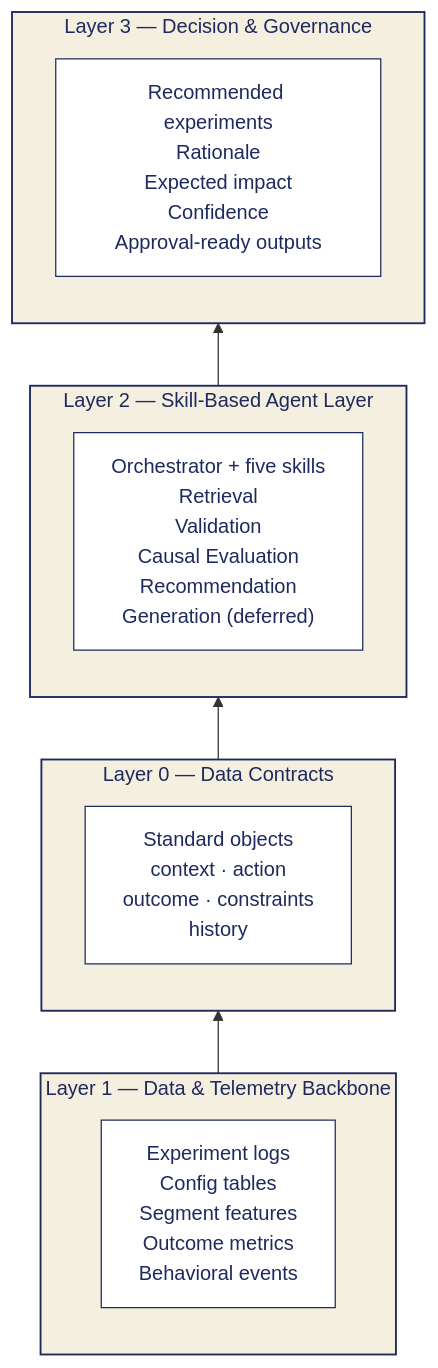
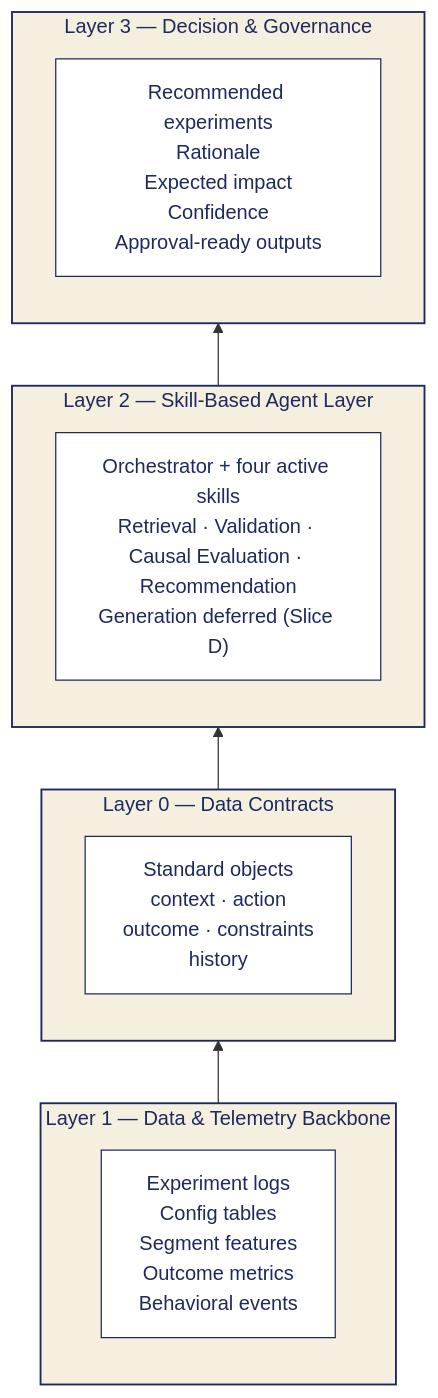
The first of 3 diagrams in docs/architecture_diagrams.md (anushkamathur14-cloud/Dell-Capstone), drawn with Mermaid before and after one commit. The commit also changed other lines of this file, not shown here.

First line of the commit message:
Align architecture diagrams with canonical v1 and current main

````diff
--- a/docs/architecture_diagrams.md
+++ b/docs/architecture_diagrams.md
@@ -18,25 +22,25 @@
 ```mermaid
 flowchart BT
     subgraph L1["Layer 1 — Data &amp; Telemetry Backbone"]
         DT["Experiment logs<br/>Config tables<br/>Segment features<br/>Outcome metrics<br/>Behavioral events"]
     end
 
     subgraph L0["Layer 0 — Data Contracts"]
         DC["Standard objects<br/>context · action<br/>outcome · constraints<br/>history"]
     end
 
     subgraph L2["Layer 2 — Skill-Based Agent Layer"]
-        SK["Orchestrator + five skills<br/>Retrieval<br/>Validation<br/>Causal Evaluation<br/>Recommendation<br/>Generation (deferred)"]
+        SK["Orchestrator + four active skills<br/>Retrieval · Validation · Causal Evaluation · Recommendation<br/>Generation deferred (Slice D)"]
     end
 
     subgraph L3["Layer 3 — Decision &amp; Governance"]
         DG["Recommended experiments<br/>Rationale<br/>Expected impact<br/>Confidence<br/>Approval-ready outputs"]
     end
 
     L1 --> L0 --> L2 --> L3
 
     classDef layer fill:#F5EFE0,stroke:#1E2A5E,color:#1E2A5E,stroke-width:1.5px
     classDef content fill:#ffffff,stroke:#1E2A5E,color:#1E2A5E
     class L1,L0,L2,L3 layer
     class DT,DC,SK,DG content
 ```
````
